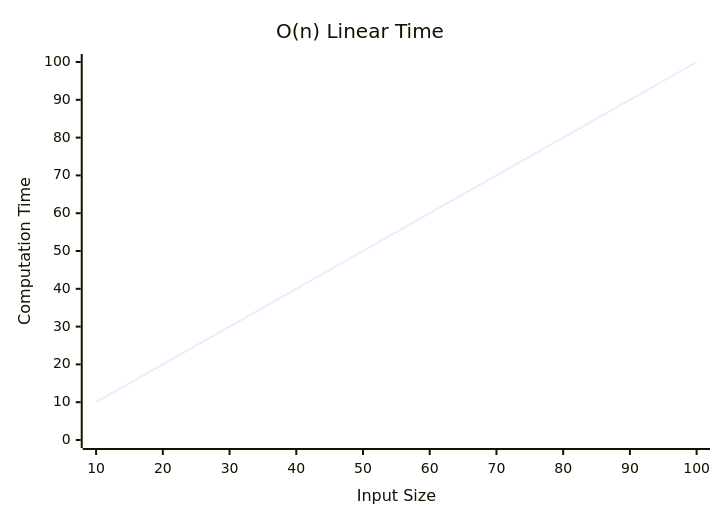
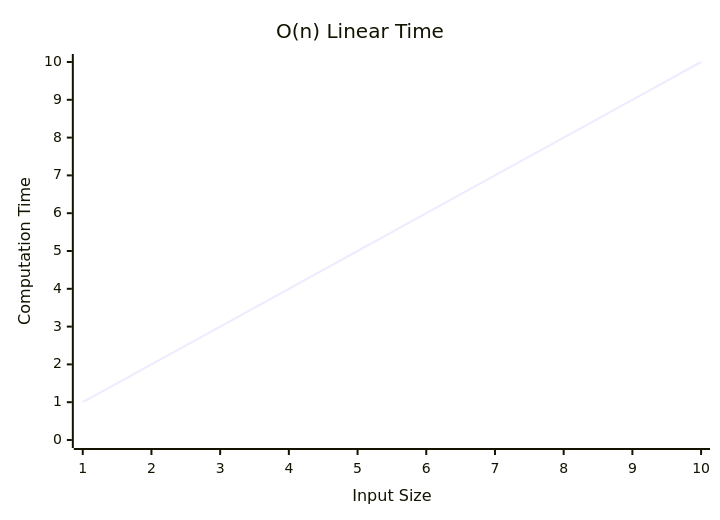
The fourth of 6 diagrams in common-content/en/module/complexity/big-o/index.md (CodeYourFuture/curriculum), drawn with Mermaid before and after one commit. The commit also changed other lines of this file and 3 other files, not shown here.

````diff
--- a/common-content/en/module/complexity/big-o/index.md
+++ b/common-content/en/module/complexity/big-o/index.md
@@ -61,7 +69,7 @@
 ```mermaid
 xychart-beta
 title "O(n) Linear Time"
-x-axis "Input Size" [10, 20, 30, 40, 50, 60, 70, 80, 90, 100]
-y-axis "Computation Time" 0 --> 100
-line [10, 20, 30, 40, 50, 60, 70, 80, 90, 100]
+x-axis "Input Size" [1, 2, 3, 4, 5, 6, 7, 8, 9, 10]
+y-axis "Computation Time" 0 --> 10
+line [1, 2, 3, 4, 5, 6, 7, 8, 9, 10]
 ```
````
